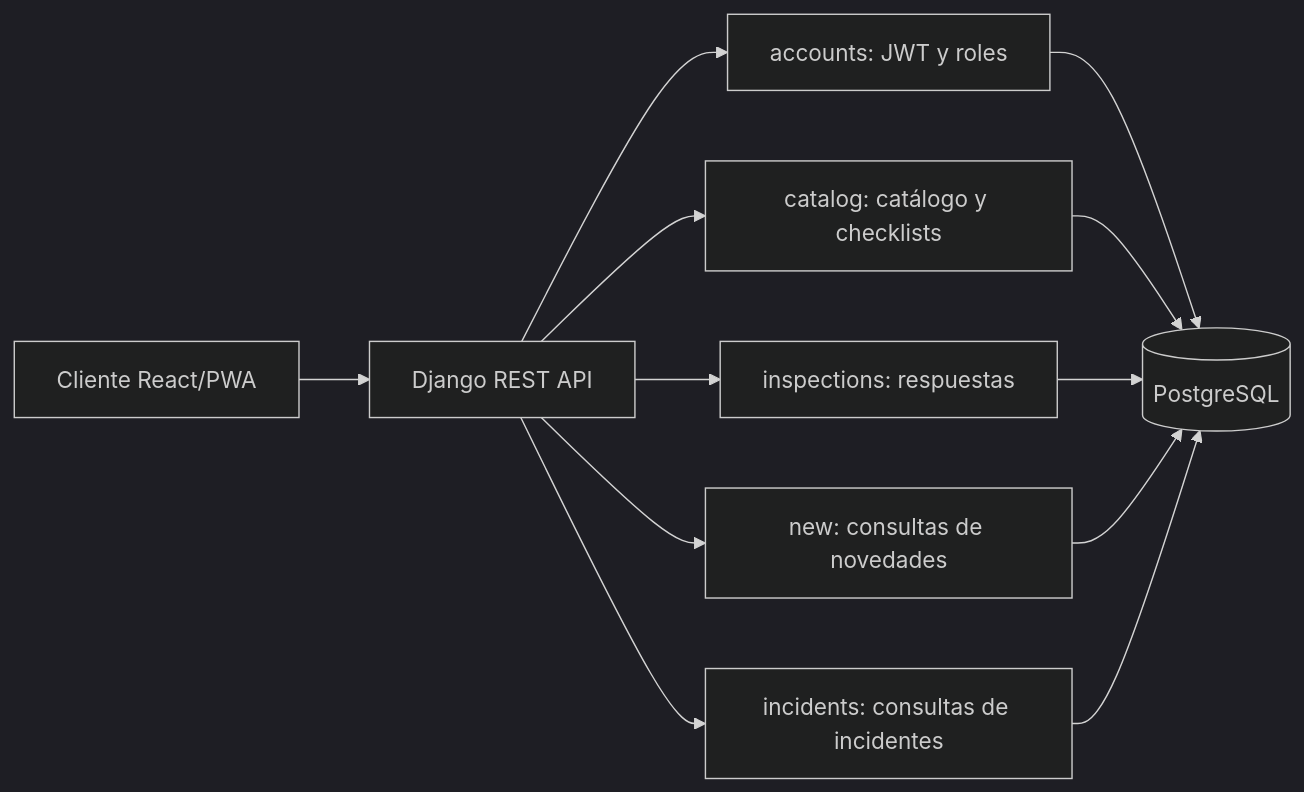
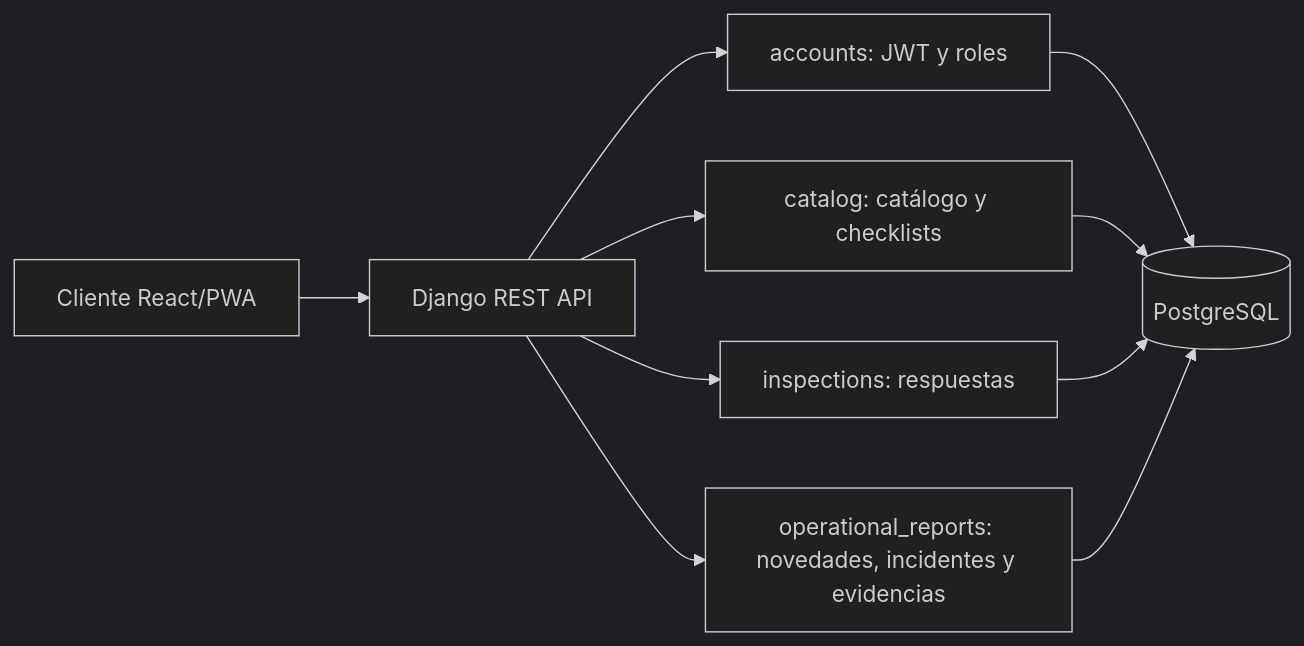
The diagram in docs/architecture.md (julianab16/SIGOPE), drawn with Mermaid (dark theme) before and after one commit. The commit also changed other lines of this file and 68 other files, not shown here.

Commit message:
feat: Implement operational reports for incidents and news

````diff
--- a/docs/architecture.md
+++ b/docs/architecture.md
@@ -7,14 +7,12 @@
 ```mermaid
 flowchart LR
   Client[Cliente React/PWA] --> API[Django REST API]
   API --> Auth[accounts: JWT y roles]
   API --> Catalog[catalog: catálogo y checklists]
   API --> Inspections[inspections: respuestas]
-  API --> News[new: consultas de novedades]
-  API --> Incidents[incidents: consultas de incidentes]
+  API --> Reports[operational_reports: novedades, incidentes y evidencias]
   Auth --> DB[(PostgreSQL)]
   Catalog --> DB
   Inspections --> DB
-  News --> DB
-  Incidents --> DB
+  Reports --> DB
 ```
````
